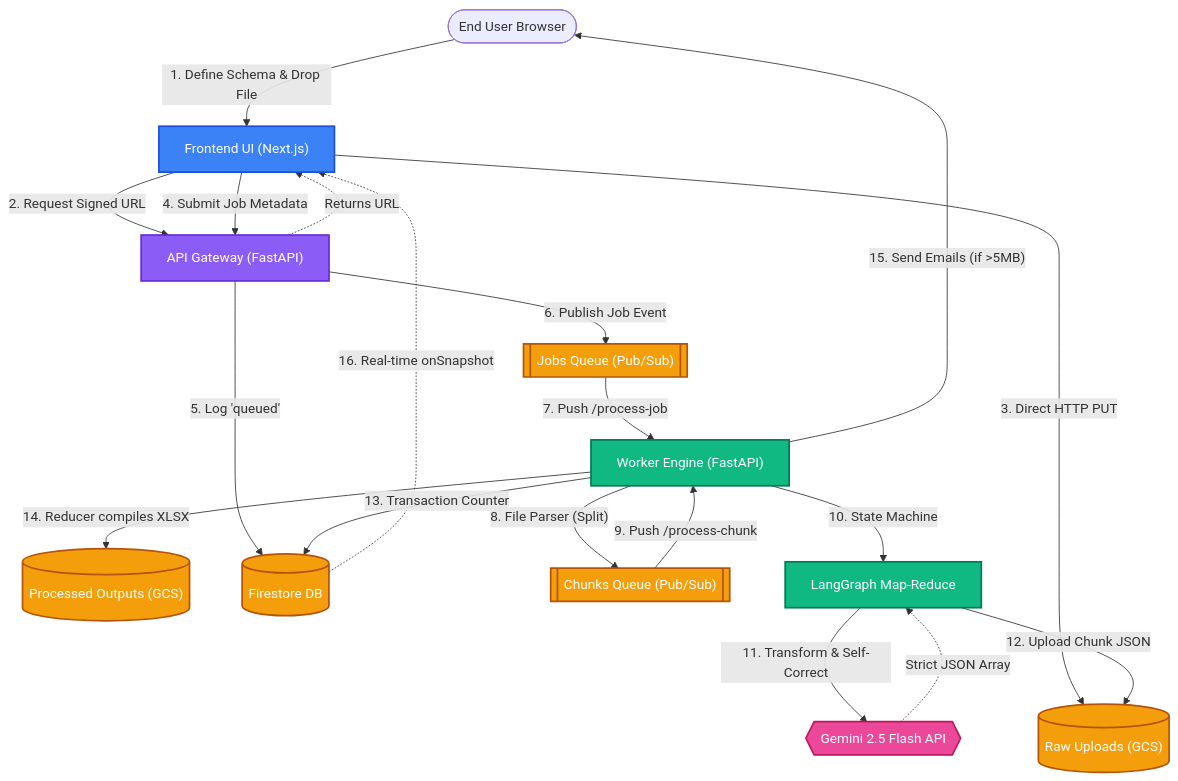
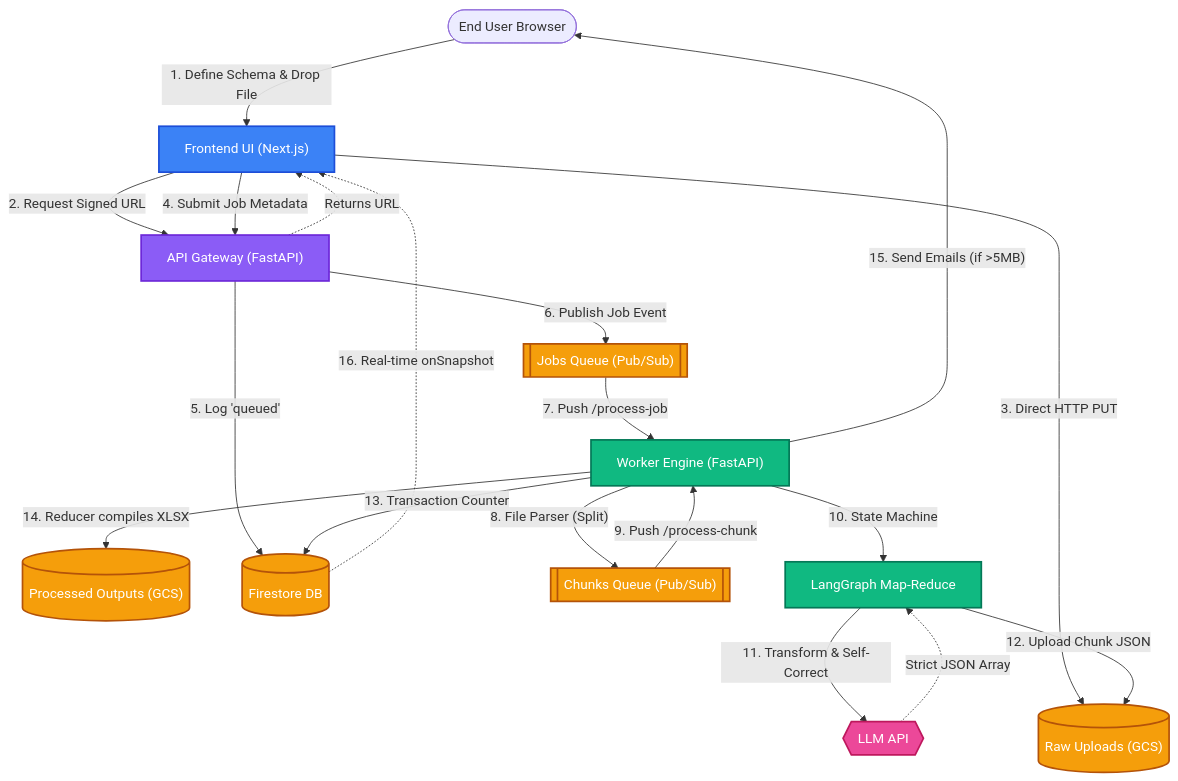
Before and after one commit to halcyon-past/Structurify: the first of 2 diagrams in ARCHITECTURE.md, drawn with Mermaid. The commit also changed other lines of this file and 6 other files, not shown here.

Commit message:
docs: replace specific mentions of Google Gemini with generic LLM terminology

````diff
--- a/ARCHITECTURE.md
+++ b/ARCHITECTURE.md
@@ -17,51 +17,51 @@
 ```mermaid
 graph TD
     %% Define styles
     classDef frontend fill:#3b82f6,stroke:#1d4ed8,stroke-width:2px,color:#fff
     classDef backend fill:#8b5cf6,stroke:#6d28d9,stroke-width:2px,color:#fff
     classDef worker fill:#10b981,stroke:#047857,stroke-width:2px,color:#fff
     classDef gcp fill:#f59e0b,stroke:#b45309,stroke-width:2px,color:#fff
     classDef llm fill:#ec4899,stroke:#be185d,stroke-width:2px,color:#fff
 
     %% Nodes
     User([End User Browser])
     NextJS["Frontend UI (Next.js)"]:::frontend
     
     FastAPI_Gateway["API Gateway (FastAPI)"]:::backend
     FastAPI_Worker["Worker Engine (FastAPI)"]:::worker
     
     GCS_Raw[("Raw Uploads (GCS)")]:::gcp
     GCS_Processed[("Processed Outputs (GCS)")]:::gcp
     
     Firestore[("Firestore DB")]:::gcp
     PubSub_Jobs[["Jobs Queue (Pub/Sub)"]]:::gcp
     PubSub_Chunks[["Chunks Queue (Pub/Sub)"]]:::gcp
     
     LangGraph["LangGraph Map-Reduce"]:::worker
-    Gemini{{"Gemini 2.5 Flash API"}}:::llm
+    LLM{{"LLM API"}}:::llm
 
     %% Edges
     User -- "1. Define Schema & Drop File" --> NextJS
     NextJS -- "2. Request Signed URL" --> FastAPI_Gateway
     FastAPI_Gateway -. "Returns URL" .-> NextJS
     NextJS -- "3. Direct HTTP PUT" --> GCS_Raw
     
     NextJS -- "4. Submit Job Metadata" --> FastAPI_Gateway
     FastAPI_Gateway -- "5. Log 'queued'" --> Firestore
     FastAPI_Gateway -- "6. Publish Job Event" --> PubSub_Jobs
     
     PubSub_Jobs -- "7. Push /process-job" --> FastAPI_Worker
     FastAPI_Worker -- "8. File Parser (Split)" --> PubSub_Chunks
     
     PubSub_Chunks -- "9. Push /process-chunk" --> FastAPI_Worker
     FastAPI_Worker -- "10. State Machine" --> LangGraph
-    LangGraph -- "11. Transform & Self-Correct" --> Gemini
-    Gemini -. "Strict JSON Array" .-> LangGraph
+    LangGraph -- "11. Transform & Self-Correct" --> LLM
+    LLM -. "Strict JSON Array" .-> LangGraph
     LangGraph -- "12. Upload Chunk JSON" --> GCS_Raw
     
     FastAPI_Worker -- "13. Transaction Counter" --> Firestore
     FastAPI_Worker -- "14. Reducer compiles XLSX" --> GCS_Processed
     FastAPI_Worker -- "15. Send Emails (if >5MB)" --> User
     
     Firestore -. "16. Real-time onSnapshot" .-> NextJS
 ```
````
